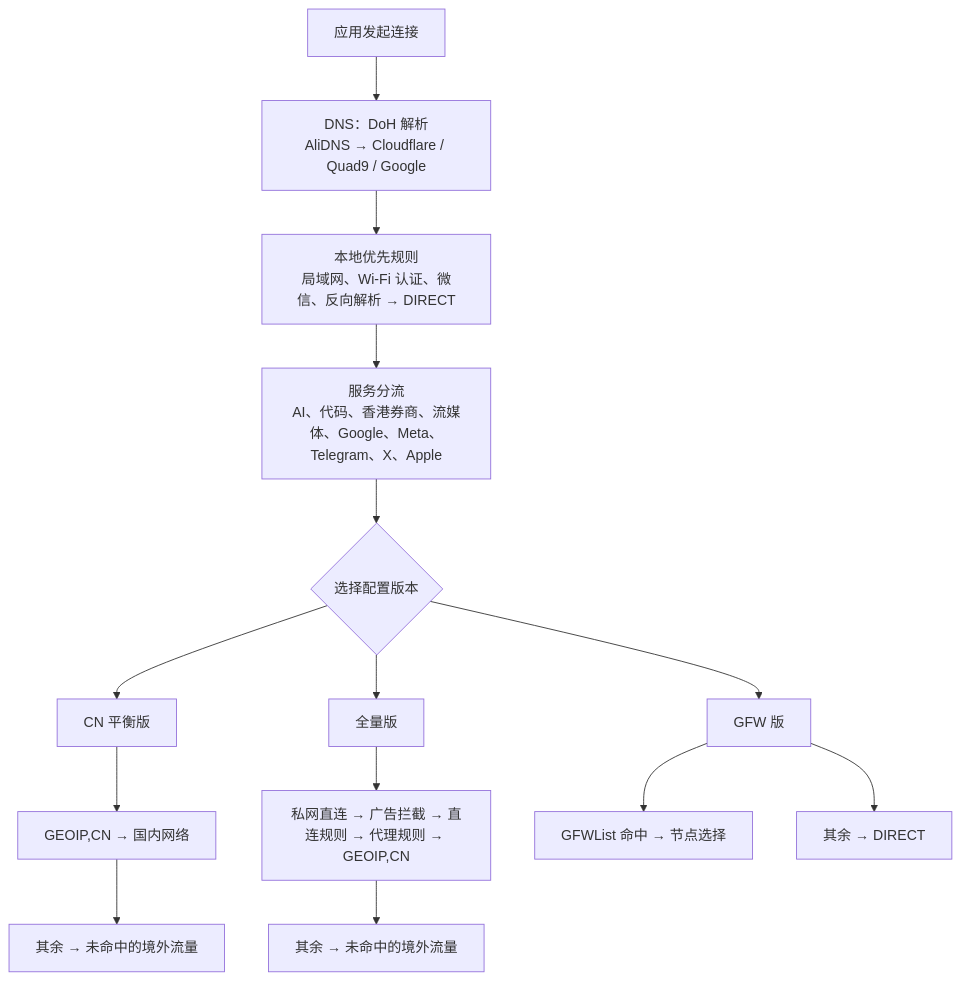
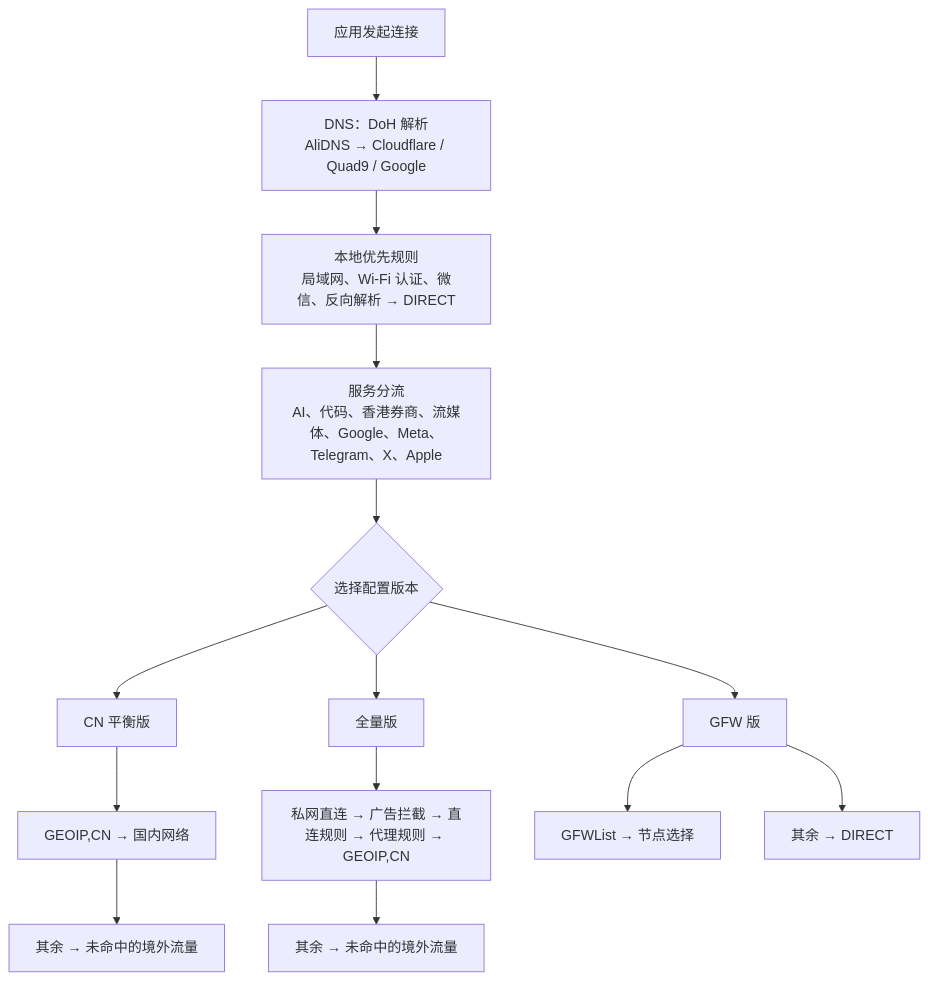
One commit to ianzo0/Shadowrocket-Rule changed the diagram in README.md. Above: the diagram before and after it, drawn with Mermaid.

Commit message:
Align GFW flowchart label layout

````diff
--- a/README.md
+++ b/README.md
@@ -59,16 +59,16 @@
 ```mermaid
 flowchart TD
   A["应用发起连接"] --> B["DNS：DoH 解析<br/>AliDNS → Cloudflare / Quad9 / Google"]
   B --> C["本地优先规则<br/>局域网、Wi-Fi 认证、微信、反向解析 → DIRECT"]
   C --> D["服务分流<br/>AI、代码、香港券商、流媒体、Google、Meta、Telegram、X、Apple"]
   D --> E{"选择配置版本"}
   E --> CN["CN 平衡版"]
   E --> FULL["全量版"]
   E --> GFW["GFW 版"]
   CN --> CN1["GEOIP,CN → 国内网络"]
   CN1 --> CN2["其余 → 未命中的境外流量"]
   FULL --> F1["私网直连 → 广告拦截 → 直连规则 → 代理规则 → GEOIP,CN"]
   F1 --> F2["其余 → 未命中的境外流量"]
-  GFW --> G1["GFWList 命中 → 节点选择"]
+  GFW --> G1["GFWList → 节点选择"]
   GFW --> G2["其余 → DIRECT"]
 ```
````
